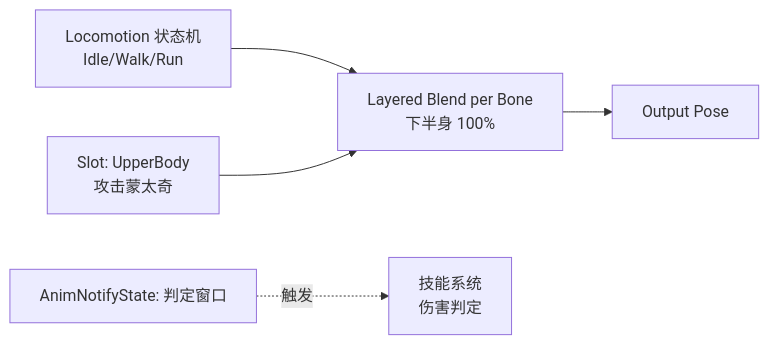
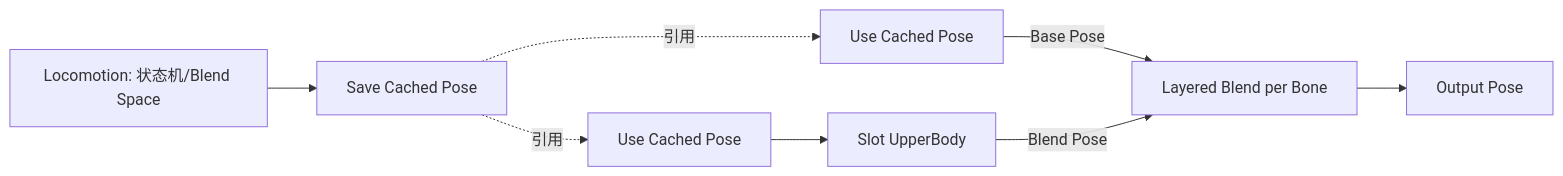
One commit to fantuan812/learning changed the diagram in 知识/04-图形动画与物理仿真/动画求值与角色表现/02-动画蒙太奇与混合空间.md. Above: the diagram before and after it, drawn with Mermaid. The commit also changed other lines of this file and 1 other file, not shown here.

````diff
--- a/知识/04-图形动画与物理仿真/动画求值与角色表现/02-动画蒙太奇与混合空间.md
+++ b/知识/04-图形动画与物理仿真/动画求值与角色表现/02-动画蒙太奇与混合空间.md
@@ -225,7 +125,10 @@
 ```mermaid
 flowchart LR
-    A[Locomotion 状态机<br/>Idle/Walk/Run] --> B[Layered Blend per Bone<br/>下半身 100%]
-    C[Slot: UpperBody<br/>攻击蒙太奇] --> B
-    B --> D[Output Pose]
-    E[AnimNotifyState: 判定窗口] -.触发.-> F[技能系统<br/>伤害判定]
+    L[Locomotion: 状态机/Blend Space] --> C[Save Cached Pose]
+    C -.引用.-> U1[Use Cached Pose]
+    C -.引用.-> U2[Use Cached Pose]
+    U1 -->|Base Pose| B[Layered Blend per Bone]
+    U2 --> S[Slot UpperBody]
+    S -->|Blend Pose| B
+    B --> O[Output Pose]
 ```
````
